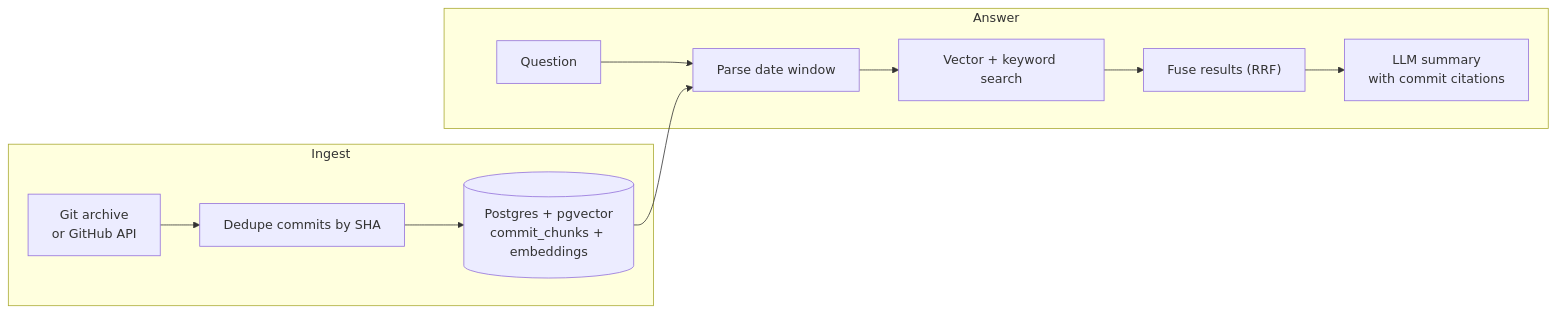
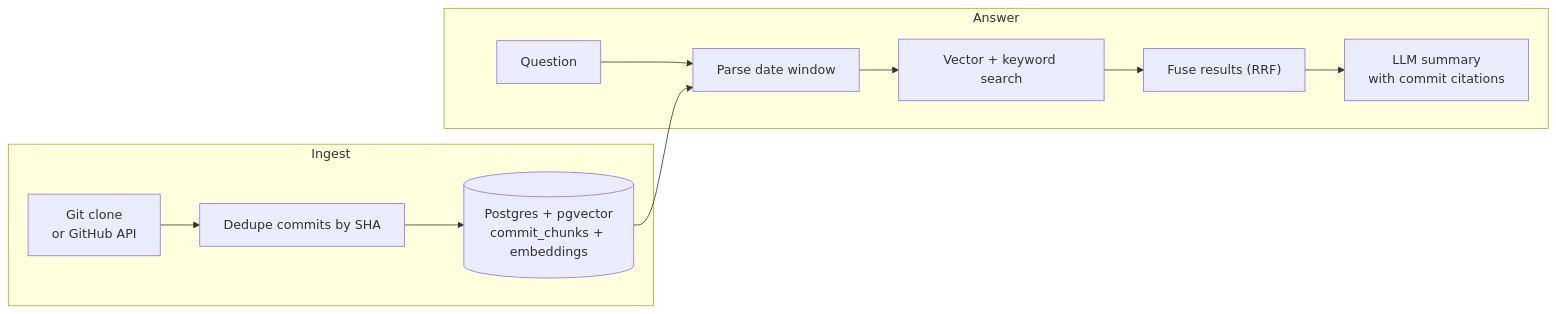
The diagram in README.md (franciscoluna-28/Scrapecat), drawn with Mermaid before and after one commit. The commit also changed other lines of this file and 8 other files, not shown here.

````diff
--- a/README.md
+++ b/README.md
@@ -42,14 +42,14 @@
 ```mermaid
 flowchart LR
     subgraph ingest["Ingest"]
-        A["Git archive<br/>or GitHub API"] --> B["Dedupe commits by SHA"]
+        A["Git clone<br/>or GitHub API"] --> B["Dedupe commits by SHA"]
         B --> C[("Postgres + pgvector<br/>commit_chunks + embeddings")]
     end
     subgraph answer["Answer"]
         Q["Question"] --> D["Parse date window"]
         C --> D
         D --> E["Vector + keyword search"]
         E --> F["Fuse results (RRF)"]
         F --> G["LLM summary<br/>with commit citations"]
     end
 ```
````
